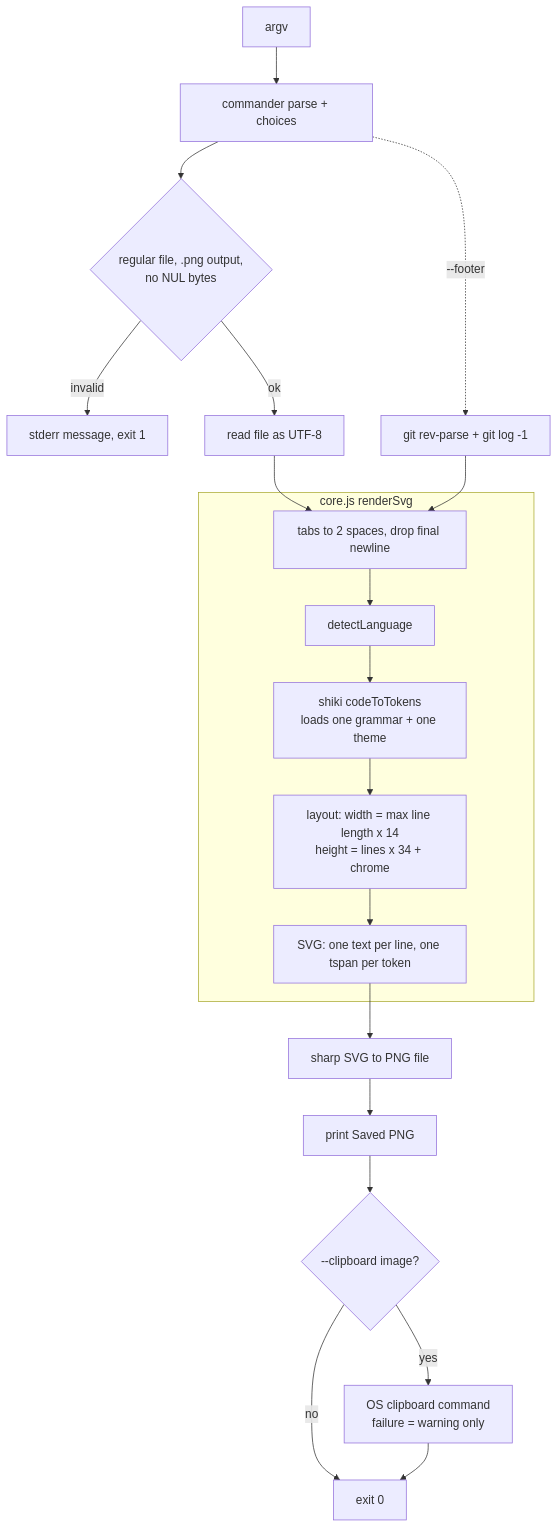
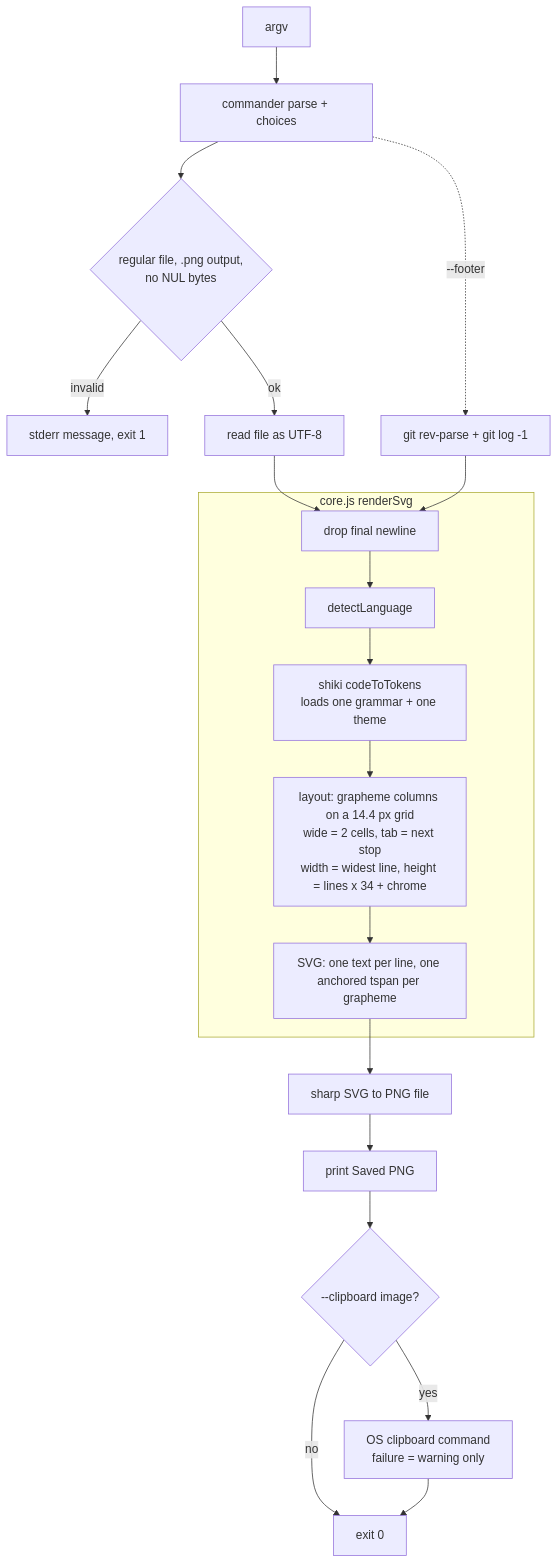
One commit to AlfredBateman/SnapCodeCLI changed the diagram in docs/ARCHITECTURE.md. Above: the diagram before and after it, drawn with Mermaid. The commit also changed other lines of this file and 3 other files, not shown here.

Commit message:
docs: describe grid layout and font findings

````diff
--- a/docs/ARCHITECTURE.md
+++ b/docs/ARCHITECTURE.md
@@ -19,22 +19,22 @@
 ```mermaid
 flowchart TD
     A[argv] --> B[commander parse + choices]
     B --> C{regular file, .png output,<br/>no NUL bytes}
     C -- invalid --> X[stderr message, exit 1]
     C -- ok --> D[read file as UTF-8]
     B -. --footer .-> H[git rev-parse + git log -1]
     D --> R
     H --> R
     subgraph core.js renderSvg
-      R[tabs to 2 spaces, drop final newline] --> E[detectLanguage]
+      R[drop final newline] --> E[detectLanguage]
       E --> G[shiki codeToTokens<br/>loads one grammar + one theme]
-      G --> I[layout: width = max line length x 14<br/>height = lines x 34 + chrome]
-      I --> J[SVG: one text per line, one tspan per token]
+      G --> I[layout: grapheme columns on a 14.4 px grid<br/>wide = 2 cells, tab = next stop<br/>width = widest line, height = lines x 34 + chrome]
+      I --> J[SVG: one text per line, one anchored tspan per grapheme]
     end
     J --> K[sharp SVG to PNG file]
     K --> N[print Saved PNG]
     N --> L{--clipboard image?}
     L -- yes --> M[OS clipboard command<br/>failure = warning only]
     L -- no --> Z[exit 0]
     M --> Z
 ```
````
